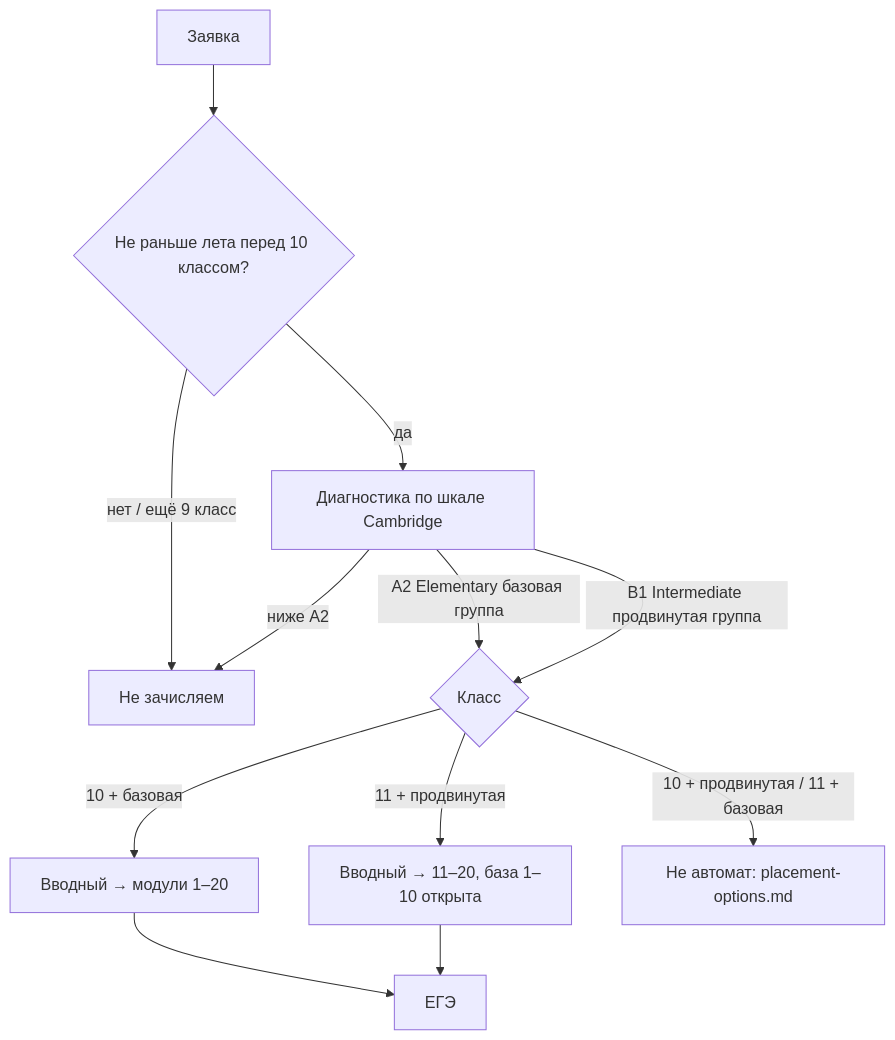
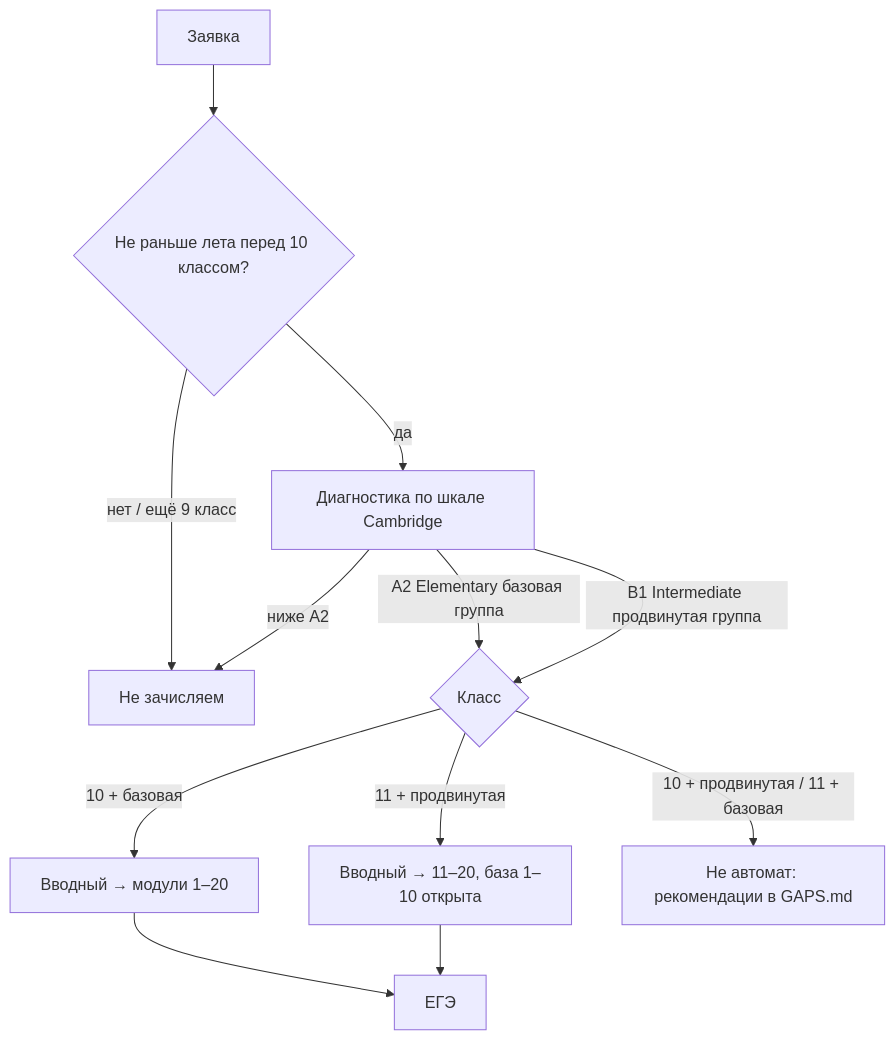
One commit to munlightshadow/music changed the diagram in ege-english-course/README.md. Above: the diagram before and after it, drawn with Mermaid. The commit also changed other lines of this file and 13 other files, not shown here.

````diff
--- a/ege-english-course/README.md
+++ b/ege-english-course/README.md
@@ -25,14 +25,14 @@
 ```mermaid
 flowchart TD
   R[Заявка] --> G{Не раньше лета перед 10 классом?}
   G -->|нет / ещё 9 класс| X[Не зачисляем]
   G -->|да| T[Диагностика по шкале Cambridge]
   T -->|ниже A2| X
   T -->|A2 Elementary базовая группа| C{Класс}
   T -->|B1 Intermediate продвинутая группа| C
   C -->|10 + базовая| I[Вводный → модули 1–20]
   C -->|11 + продвинутая| J[Вводный → 11–20, база 1–10 открыта]
-  C -->|10 + продвинутая / 11 + базовая| Q[Не автомат: placement-options.md]
+  C -->|10 + продвинутая / 11 + базовая| Q[Не автомат: рекомендации в GAPS.md]
   I --> F[ЕГЭ]
   J --> F
 ```
````
